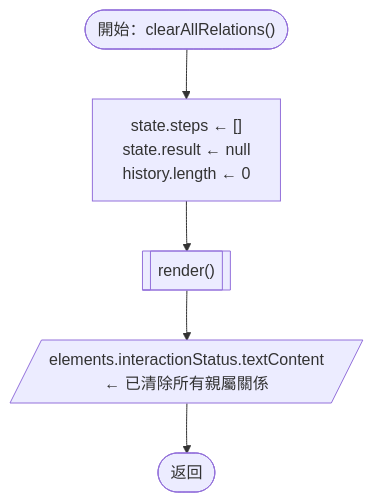
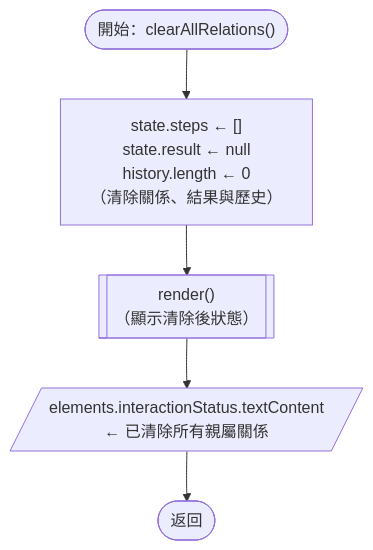
One commit to Chuen666666/hw3 changed diagram 15 of 29 in README.md. Above: the diagram before and after it, drawn with Mermaid. The commit also changed other lines of this file and 1 other file, not shown here.

Commit message:
補充流程圖程式碼中文說明

````diff
--- a/README.md
+++ b/README.md
@@ -200,7 +200,7 @@
 ```mermaid
 flowchart TD
-    START(["開始：clearAllRelations()"]) --> CLEAR["state.steps ← []<br/>state.result ← null<br/>history.length ← 0"]
-    CLEAR --> RENDER[["render()"]]
+    START(["開始：clearAllRelations()"]) --> CLEAR["state.steps ← []<br/>state.result ← null<br/>history.length ← 0<br/>（清除關係、結果與歷史）"]
+    CLEAR --> RENDER[["render()<br/>（顯示清除後狀態）"]]
     RENDER --> STATUS[/"elements.interactionStatus.textContent<br/>← 已清除所有親屬關係"/]
     STATUS --> RETURN(["返回"])
 ```
````
